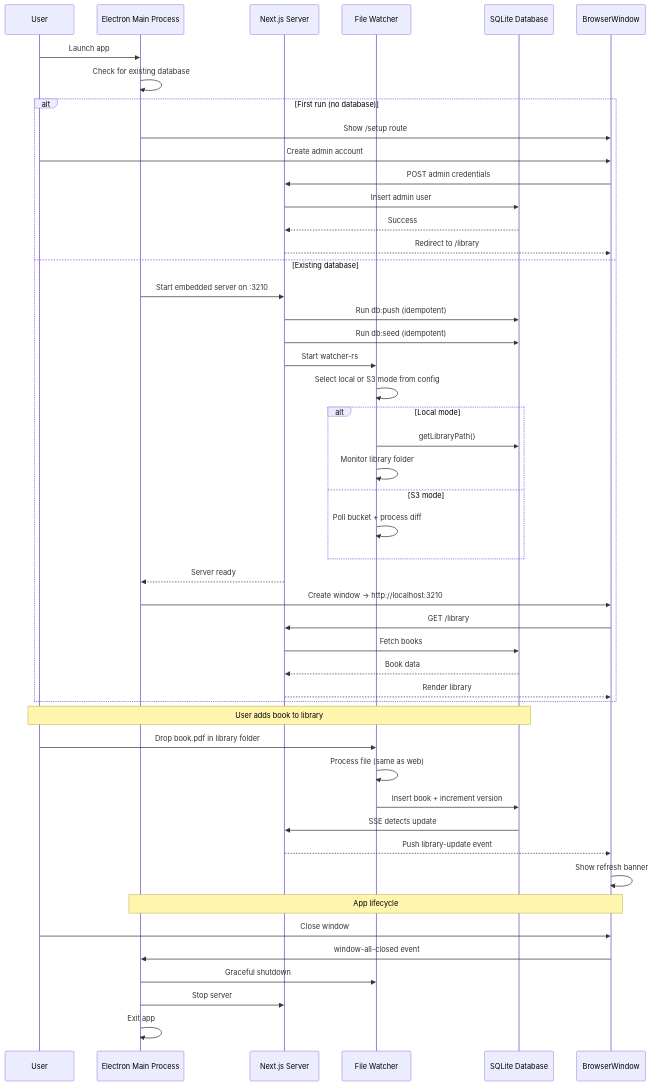
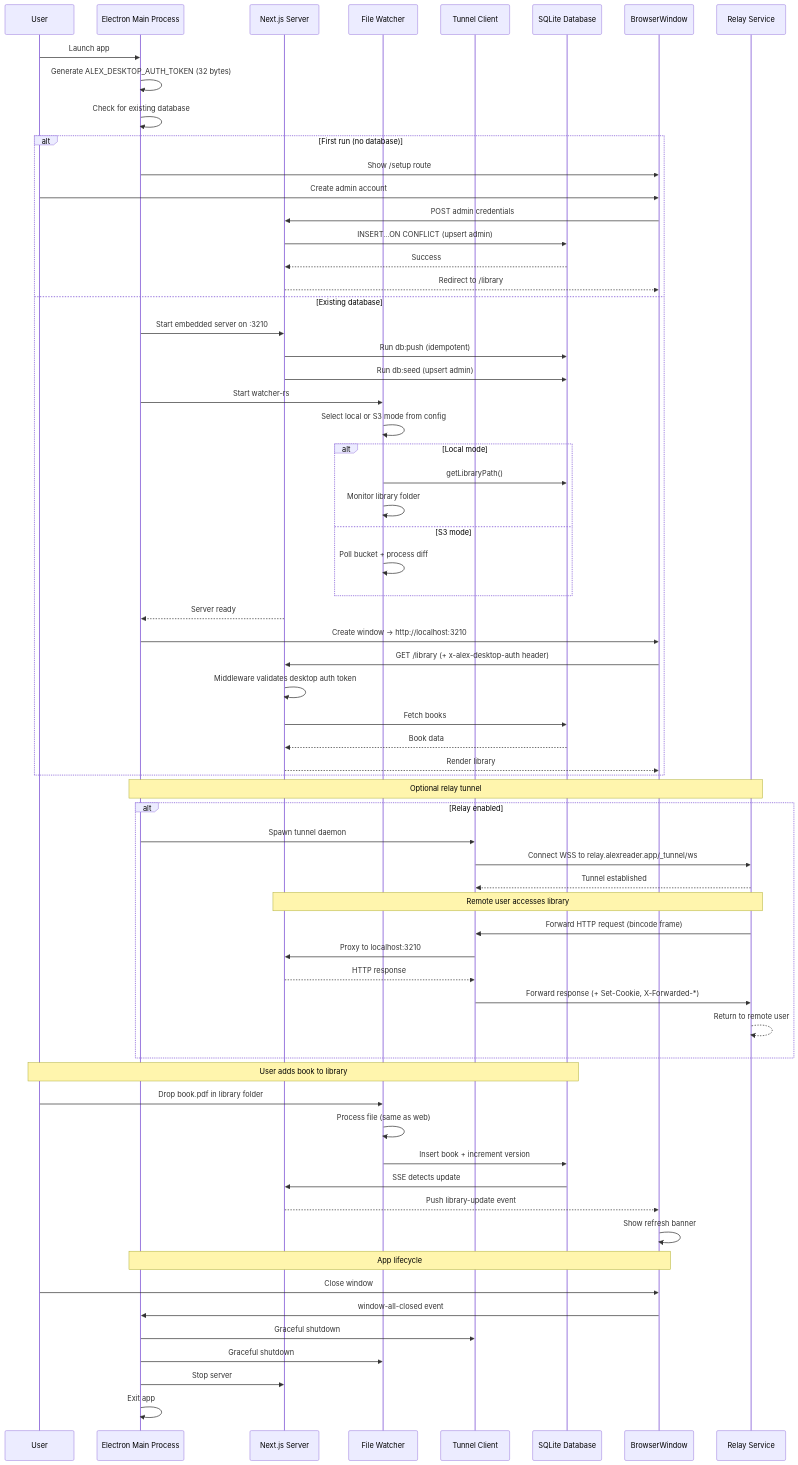
Diagram 11 of 11 in docs/design/sequence-diagrams.md (jamesacklin/alex), drawn with Mermaid before and after one commit. The commit also changed other lines of this file and 2 other files, not shown here.

First line of the commit message:
Update technical docs for dual auth, relay service, and API expansion

````diff
--- a/docs/design/sequence-diagrams.md
+++ b/docs/design/sequence-diagrams.md
@@ -616,54 +674,73 @@
 ```mermaid
 sequenceDiagram
     participant User
     participant Electron as Electron Main Process
     participant Next as Next.js Server
     participant Watcher as File Watcher
+    participant Tunnel as Tunnel Client
     participant DB as SQLite Database
     participant Browser as BrowserWindow
+    participant Relay as Relay Service
 
     User->>Electron: Launch app
+    Electron->>Electron: Generate ALEX_DESKTOP_AUTH_TOKEN (32 bytes)
     Electron->>Electron: Check for existing database
 
     alt First run (no database)
         Electron->>Browser: Show /setup route
         User->>Browser: Create admin account
         Browser->>Next: POST admin credentials
-        Next->>DB: Insert admin user
+        Next->>DB: INSERT...ON CONFLICT (upsert admin)
         DB-->>Next: Success
         Next-->>Browser: Redirect to /library
     else Existing database
         Electron->>Next: Start embedded server on :3210
         Next->>DB: Run db:push (idempotent)
-        Next->>DB: Run db:seed (idempotent)
-        Next->>Watcher: Start watcher-rs
+        Next->>DB: Run db:seed (upsert admin)
+        Electron->>Watcher: Start watcher-rs
         Watcher->>Watcher: Select local or S3 mode from config
         alt Local mode
             Watcher->>DB: getLibraryPath()
             Watcher->>Watcher: Monitor library folder
         else S3 mode
             Watcher->>Watcher: Poll bucket + process diff
         end
         Next-->>Electron: Server ready
         Electron->>Browser: Create window → http://localhost:3210
-        Browser->>Next: GET /library
+        Browser->>Next: GET /library (+ x-alex-desktop-auth header)
+        Next->>Next: Middleware validates desktop auth token
         Next->>DB: Fetch books
         DB-->>Next: Book data
         Next-->>Browser: Render library
+    end
+
+    Note over Electron,Relay: Optional relay tunnel
+    alt Relay enabled
+        Electron->>Tunnel: Spawn tunnel daemon
+        Tunnel->>Relay: Connect WSS to relay.alexreader.app/_tunnel/ws
+        Relay-->>Tunnel: Tunnel established
+
+        Note over Relay,Next: Remote user accesses library
+        Relay->>Tunnel: Forward HTTP request (bincode frame)
+        Tunnel->>Next: Proxy to localhost:3210
+        Next-->>Tunnel: HTTP response
+        Tunnel->>Relay: Forward response (+ Set-Cookie, X-Forwarded-*)
+        Relay-->>Relay: Return to remote user
     end
 
     Note over User,DB: User adds book to library
     User->>Watcher: Drop book.pdf in library folder
     Watcher->>Watcher: Process file (same as web)
     Watcher->>DB: Insert book + increment version
     DB->>Next: SSE detects update
     Next-->>Browser: Push library-update event
     Browser->>Browser: Show refresh banner
 
     Note over Electron,Browser: App lifecycle
     User->>Browser: Close window
     Browser->>Electron: window-all-closed event
+    Electron->>Tunnel: Graceful shutdown
     Electron->>Watcher: Graceful shutdown
     Electron->>Next: Stop server
     Electron->>Electron: Exit app
 ```
````
